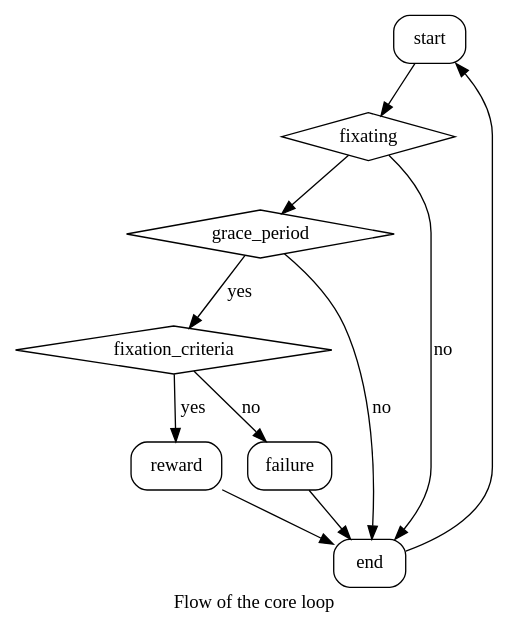
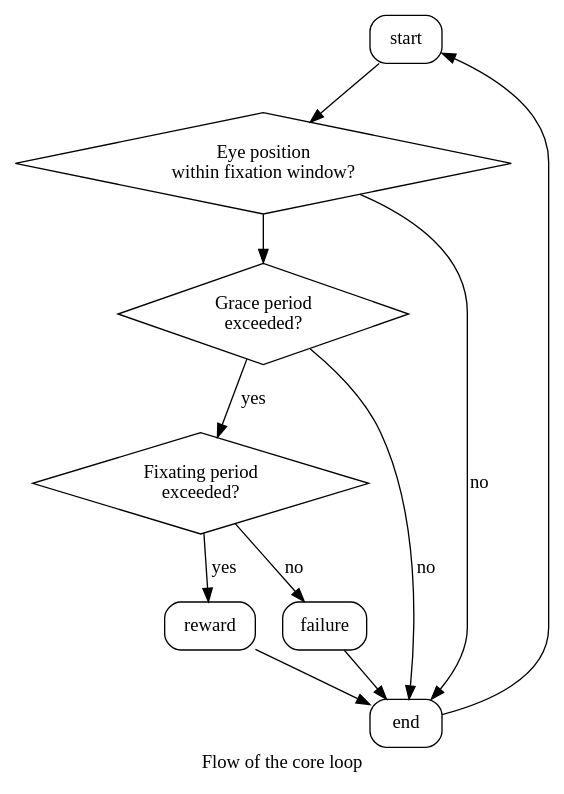
One commit to grero/EyelinkCalibration changed the diagram in core_flow.dot. Above: the diagram before and after it, drawn with Graphviz.

Commit message:
Adds some labels to the flowchart

```diff
--- a/core_flow.dot
+++ b/core_flow.dot
@@ -1,21 +1,25 @@
 digraph{
   label="Flow of the core loop";
   start[shape="box",style="rounded"]
   fixating[shape="diamond", style=""];
   grace_period[shape="diamond", style=""];
   fixation_criteria[shape="diamond", style=""];
   reward[shape="box", style="rounded"];
   failure[shape="box", style="rounded"];
   end[shape="box", style="rounded"];
+
+  fixating[label="Eye position\nwithin fixation window?"];
+  grace_period[label="Grace period\nexceeded?"];
+  fixation_criteria[label="Fixating period\nexceeded?"];
 
   start -> fixating;
   fixating -> end[label="no"];
   fixating -> grace_period;
   grace_period -> fixation_criteria[label="yes"];
   grace_period -> end[label="no"];
   fixation_criteria -> reward[label="yes"];
   fixation_criteria -> failure[label="no"];
   failure->end;
   reward->end;
   end->start;
 }
```
